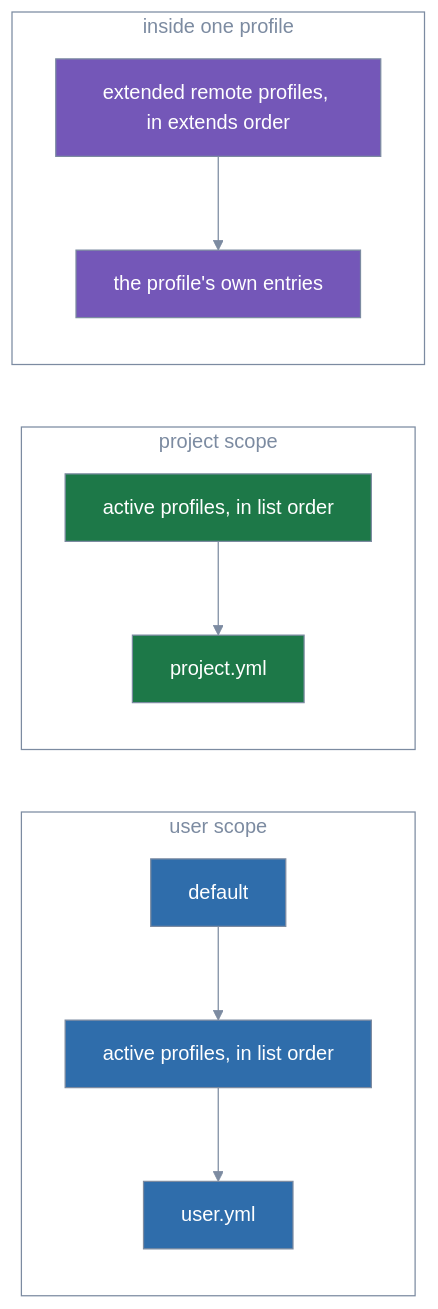
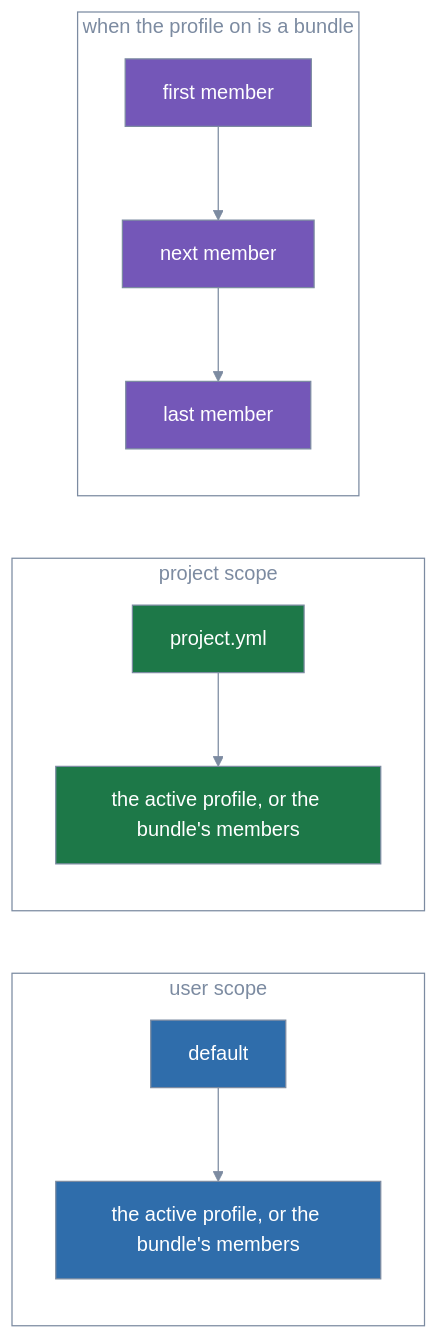
The diagram in docs/guides/profiles.md (trevor-vaughan/lola-go), drawn with Mermaid before and after one commit. The commit also changed other lines of this file and 301 other files, not shown here.

First line of the commit message:
feat(profile): one active profile over a base, picks, lola.yml catalogs and native-executable warnings

````diff
--- a/docs/guides/profiles.md
+++ b/docs/guides/profiles.md
@@ -92,34 +149,34 @@
 ```mermaid
 %%{init: {'theme': 'base', 'themeVariables': {
   'primaryColor': '#2f6dab',
   'primaryTextColor': '#1e1e1e',
   'primaryBorderColor': '#7c8ba1',
   'lineColor': '#7c8ba1',
   'edgeLabelBackground': '#eef2f8',
   'tertiaryColor': 'transparent',
   'tertiaryTextColor': '#7c8ba1',
   'tertiaryBorderColor': '#7c8ba1',
   'clusterBkg': 'transparent',
   'clusterBorder': '#7c8ba1',
   'titleColor': '#7c8ba1',
   'noteBkgColor': '#eef2f8',
   'noteTextColor': '#1e1e1e',
   'fontFamily': 'system-ui, sans-serif'
 }, 'themeCSS': '.node .nodeLabel{color:#ffffff!important;fill:#ffffff!important;}'}}%%
 flowchart LR
   subgraph userscope["user scope"]
-    D[default] --> UP["active profiles, in list order"] --> U[user.yml]
+    D[default] --> UP["the active profile, or the bundle's members"]
   end
   subgraph projectscope["project scope"]
-    PP["active profiles, in list order"] --> PY[project.yml]
+    PY[project.yml] --> PP["the active profile, or the bundle's members"]
   end
-  subgraph inprofile["inside one profile"]
-    R["extended remote profiles, in extends order"] --> OWN["the profile's own entries"]
+  subgraph bundlestack["when the profile on is a bundle"]
+    M1["first member"] --> M2["next member"] --> MN["last member"]
   end
   classDef sysA fill:#2f6dab,color:#ffffff,stroke:#7c8ba1
   classDef sysB fill:#1d7848,color:#ffffff,stroke:#7c8ba1
   classDef sysC fill:#7457b8,color:#ffffff,stroke:#7c8ba1
-  class D,UP,U sysA
+  class D,UP sysA
   class PP,PY sysB
-  class R,OWN sysC
+  class M1,M2,MN sysC
 ```
````
